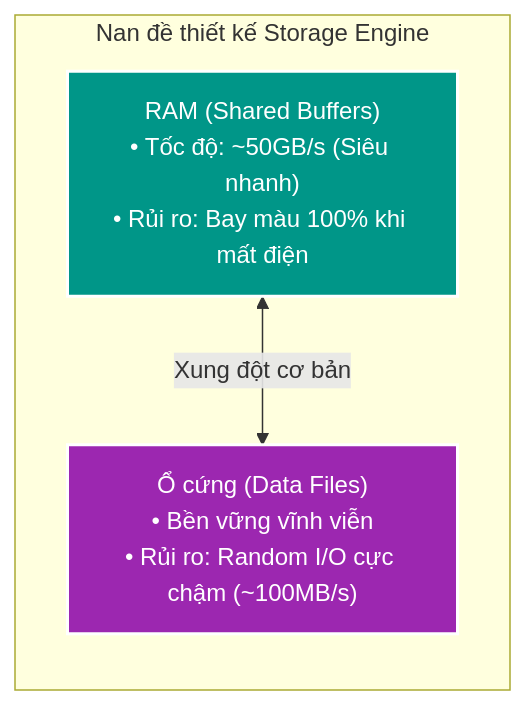
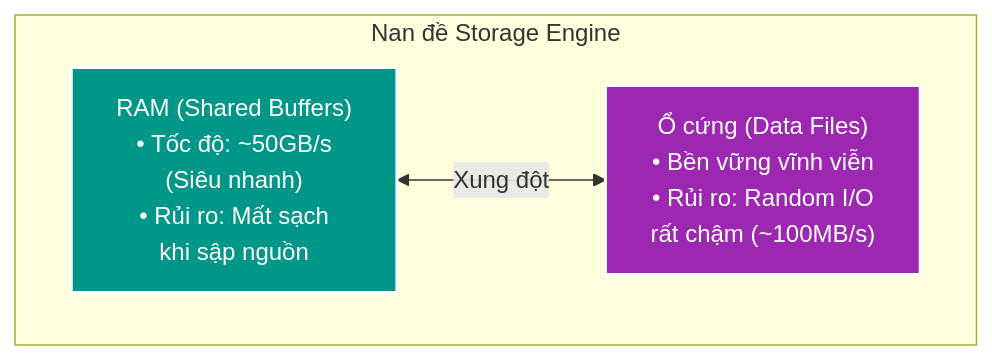
Before and after one commit to HungPhan200591/file-mngt-be-v2: the first of 4 diagrams in manual/learning/deep-dive/write-ahead-logging/01-wal-and-storage-engine-internals.md, drawn with Mermaid. The commit also changed other lines of this file, not shown here.

````diff
--- a/manual/learning/deep-dive/write-ahead-logging/01-wal-and-storage-engine-internals.md
+++ b/manual/learning/deep-dive/write-ahead-logging/01-wal-and-storage-engine-internals.md
@@ -12,12 +12,12 @@
 ```mermaid
-flowchart LR
-    subgraph CONFLICT["Nan đề thiết kế Storage Engine"]
-        RAM["RAM (Shared Buffers)<br/>• Tốc độ: ~50GB/s (Siêu nhanh)<br/>• Rủi ro: Bay màu 100% khi mất điện"]
-        DISK["Ổ cứng (Data Files)<br/>• Bền vững vĩnh viễn<br/>• Rủi ro: Random I/O cực chậm (~100MB/s)"]
+flowchart TD
+    subgraph CONFLICT["Nan đề Storage Engine"]
+        RAM["RAM (Shared Buffers)<br/>• Tốc độ: ~50GB/s<br/>(Siêu nhanh)<br/>• Rủi ro: Mất sạch<br/>khi sập nguồn"]
+        DISK["Ổ cứng (Data Files)<br/>• Bền vững vĩnh viễn<br/>• Rủi ro: Random I/O<br/>rất chậm (~100MB/s)"]
     end
 
-    RAM <-->|Xung đột cơ bản| DISK
+    RAM <-->|"Xung đột"| DISK
 
     style RAM fill:#009688,stroke:#fff,stroke-width:2px,color:#fff
     style DISK fill:#9C27B0,stroke:#fff,stroke-width:2px,color:#fff
 ```
````
